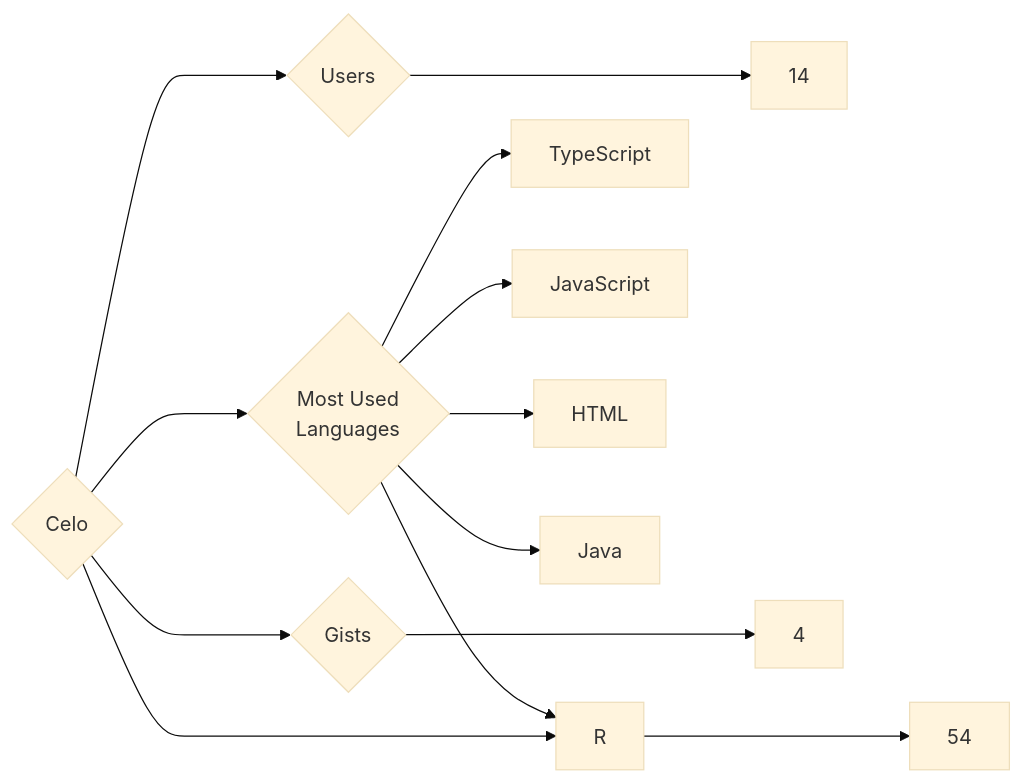
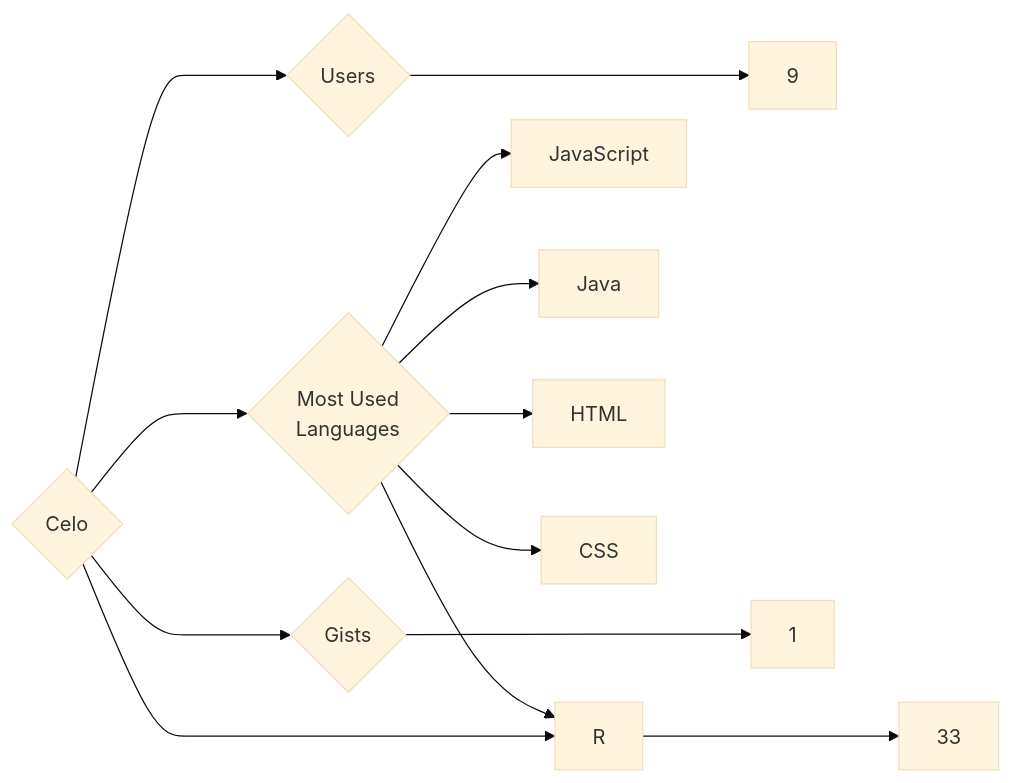
Before and after one commit to trickest/insiders: the diagram in targets/Celo/README.md, drawn with Mermaid (base theme). The commit also changed 932 other files, not shown here.

````diff
--- a/targets/Celo/README.md
+++ b/targets/Celo/README.md
@@ -3,13 +3,13 @@
 ```mermaid
 graph LR
 COMPANY_NAME{Celo}
-COMPANY_NAME ---> U{Users} ---> UN[14]
-COMPANY_NAME ---> R{Repositories} ---> RN[54]
-COMPANY_NAME ---> G{Gists} ---> GN[4]
+COMPANY_NAME ---> U{Users} ---> UN[9]
+COMPANY_NAME ---> R{Repositories} ---> RN[33]
+COMPANY_NAME ---> G{Gists} ---> GN[1]
 COMPANY_NAME ---> ML{Most Used<br>Languages}
-ML --> TypeScript[TypeScript]
 ML --> JavaScript[JavaScript]
+ML --> Java[Java]
 ML --> HTML[HTML]
-ML --> Java[Java]
 ML --> R[R]
+ML --> CSS[CSS]
 ```
````
